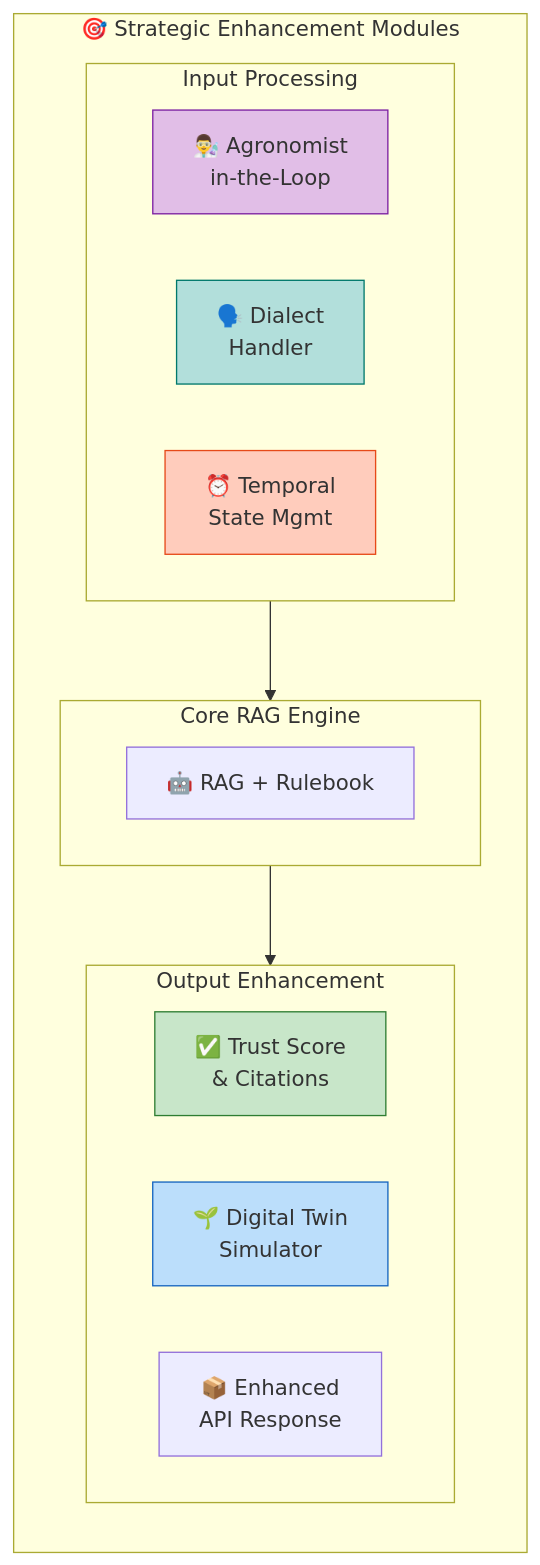
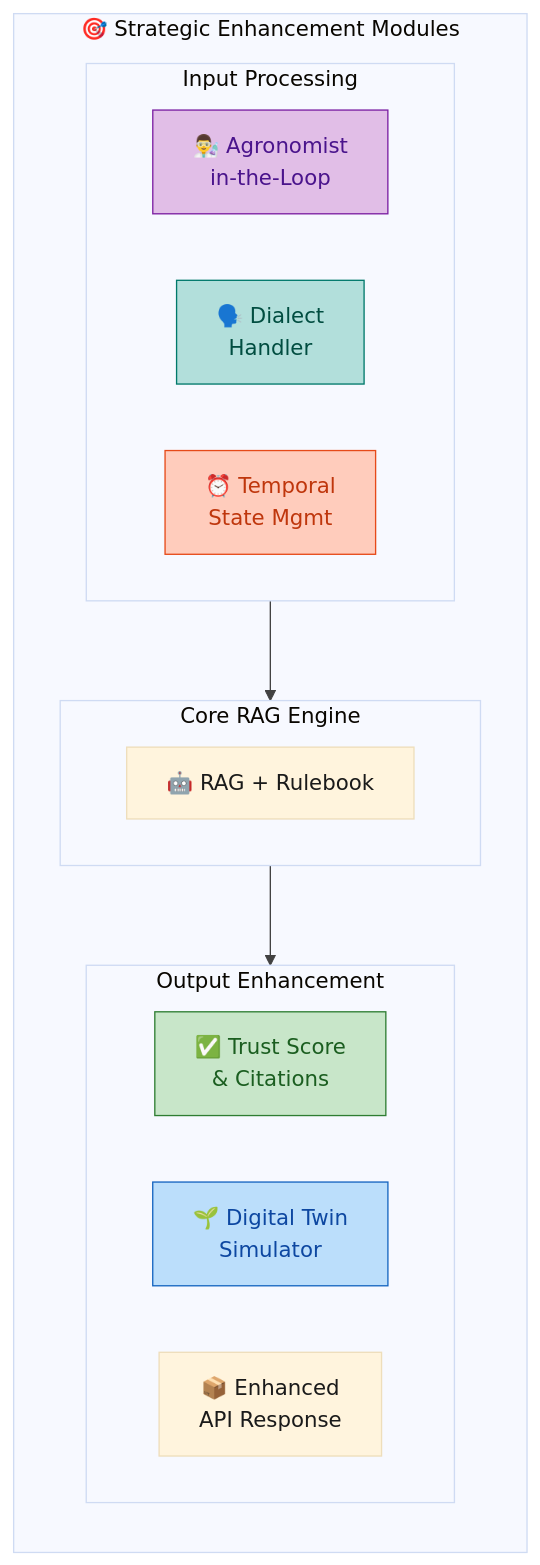
Diagram 17 of 19 in docs/zekalab/03-ARCHITECTURE.md (Px8Studio/yonja), drawn with Mermaid before and after one commit. The commit also changed other lines of this file and 2 other files, not shown here.

Commit message:
Refine styling in architecture diagrams for improved clarity and consistency

````diff
--- a/docs/zekalab/03-ARCHITECTURE.md
+++ b/docs/zekalab/03-ARCHITECTURE.md
@@ -724,30 +737,31 @@
 ```mermaid
+%%{init: {'theme': 'base', 'themeVariables': { 'primaryTextColor': '#1a1a1a', 'lineColor': '#424242'}}}%%
 graph TB
     subgraph enhancements["🎯 Strategic Enhancement Modules"]
         direction TB
         
         subgraph row1["Input Processing"]
             expert["👨‍🔬 Agronomist<br/>in-the-Loop"]
             dialect["🗣️ Dialect<br/>Handler"]
             temporal["⏰ Temporal<br/>State Mgmt"]
         end
         
         subgraph core["Core RAG Engine"]
             rag["🤖 RAG + Rulebook"]
         end
         
         subgraph row2["Output Enhancement"]
             trust["✅ Trust Score<br/>& Citations"]
             twin["🌱 Digital Twin<br/>Simulator"]
             response["📦 Enhanced<br/>API Response"]
         end
         
         row1 --> core --> row2
     end
     
-    style expert fill:#e1bee7,stroke:#7b1fa2
-    style dialect fill:#b2dfdb,stroke:#00796b
-    style temporal fill:#ffccbc,stroke:#e64a19
-    style trust fill:#c8e6c9,stroke:#2e7d32
-    style twin fill:#bbdefb,stroke:#1565c0
+    style expert fill:#e1bee7,stroke:#7b1fa2,color:#4a148c
+    style dialect fill:#b2dfdb,stroke:#00796b,color:#004d40
+    style temporal fill:#ffccbc,stroke:#e64a19,color:#bf360c
+    style trust fill:#c8e6c9,stroke:#2e7d32,color:#1b5e20
+    style twin fill:#bbdefb,stroke:#1565c0,color:#0d47a1
 ```
````
